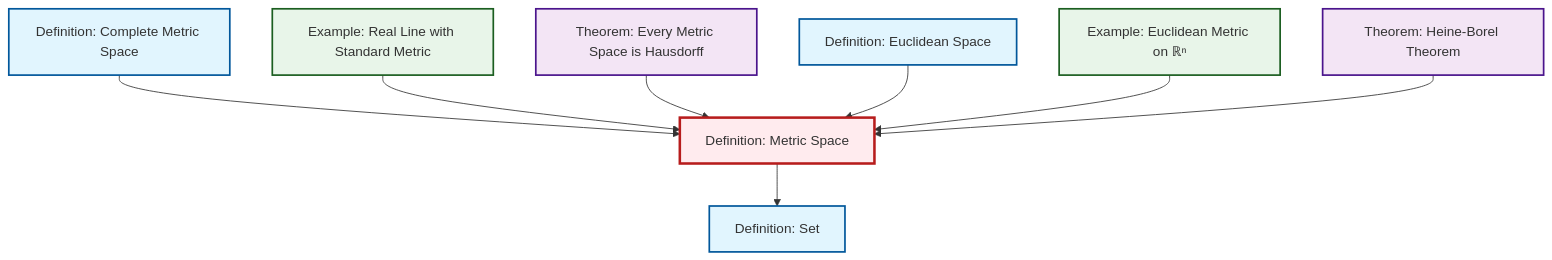
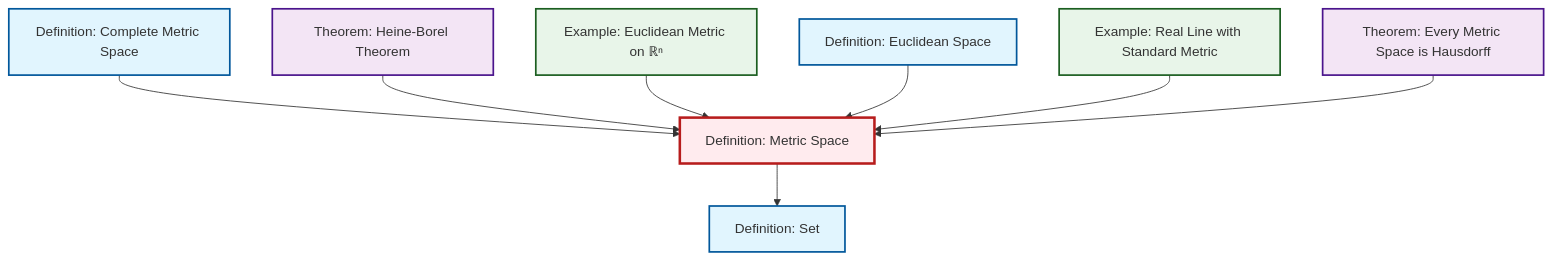
One commit to RK0429/ModernMath changed the diagram in content/en/analysis/def-metric-space.qmd. Above: the diagram before and after it, drawn with Mermaid. The commit also changed other lines of this file and 530 other files, not shown here.

````diff
--- a/content/en/analysis/def-metric-space.qmd
+++ b/content/en/analysis/def-metric-space.qmd
@@ -50,32 +50,32 @@
 ```{mermaid}
 %%| fig-cap: "Local dependency graph"
 graph TD
     classDef definition fill:#e1f5fe,stroke:#01579b,stroke-width:2px
     classDef theorem fill:#f3e5f5,stroke:#4a148c,stroke-width:2px
     classDef axiom fill:#fff3e0,stroke:#e65100,stroke-width:2px
     classDef example fill:#e8f5e9,stroke:#1b5e20,stroke-width:2px
     classDef current fill:#ffebee,stroke:#b71c1c,stroke-width:3px
-    thm-heine-borel["Theorem: Heine-Borel Theorem"]:::theorem
+    ex-real-line-metric["Example: Real Line with Standard Metric"]:::example
+    def-metric-space["Definition: Metric Space"]:::definition
     def-set["Definition: Set"]:::definition
-    def-metric-space["Definition: Metric Space"]:::definition
-    ex-real-line-metric["Example: Real Line with Standard Metric"]:::example
+    thm-metric-hausdorff["Theorem: Every Metric Space is Hausdorff"]:::theorem
     def-euclidean-space["Definition: Euclidean Space"]:::definition
-    thm-metric-hausdorff["Theorem: Every Metric Space is Hausdorff"]:::theorem
     ex-euclidean-metric["Example: Euclidean Metric on ℝⁿ"]:::example
     def-complete-metric-space["Definition: Complete Metric Space"]:::definition
+    thm-heine-borel["Theorem: Heine-Borel Theorem"]:::theorem
+    def-complete-metric-space --> def-metric-space
     def-metric-space --> def-set
-    def-complete-metric-space --> def-metric-space
+    thm-heine-borel --> def-metric-space
+    ex-euclidean-metric --> def-metric-space
+    def-euclidean-space --> def-metric-space
     ex-real-line-metric --> def-metric-space
     thm-metric-hausdorff --> def-metric-space
-    def-euclidean-space --> def-metric-space
-    ex-euclidean-metric --> def-metric-space
-    thm-heine-borel --> def-metric-space
     class def-metric-space current
-    click thm-heine-borel "thm-heine-borel.html" "Go to Heine-Borel Theorem theorem"
+    click ex-real-line-metric "ex-real-line-metric.html" "Go to Real Line with Standard Metric example"
     click def-set "def-set.html" "Go to Set definition"
-    click ex-real-line-metric "ex-real-line-metric.html" "Go to Real Line with Standard Metric example"
+    click thm-metric-hausdorff "thm-metric-hausdorff.html" "Go to Every Metric Space is Hausdorff theorem"
     click def-euclidean-space "def-euclidean-space.html" "Go to Euclidean Space definition"
-    click thm-metric-hausdorff "thm-metric-hausdorff.html" "Go to Every Metric Space is Hausdorff theorem"
     click ex-euclidean-metric "ex-euclidean-metric.html" "Go to Euclidean Metric on ℝⁿ example"
     click def-complete-metric-space "def-complete-metric-space.html" "Go to Complete Metric Space definition"
+    click thm-heine-borel "thm-heine-borel.html" "Go to Heine-Borel Theorem theorem"
 ```
````
